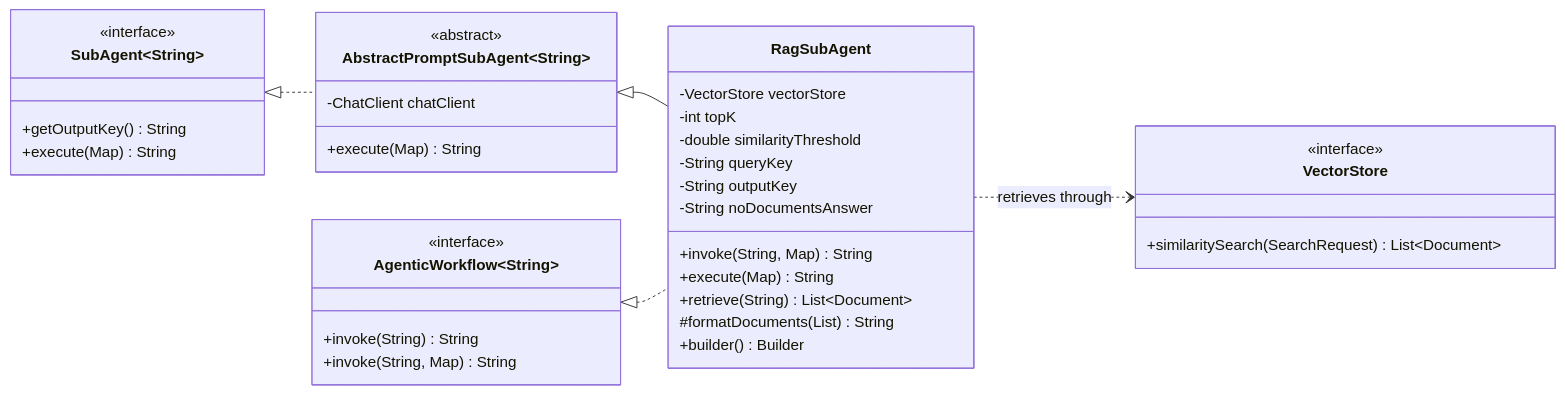
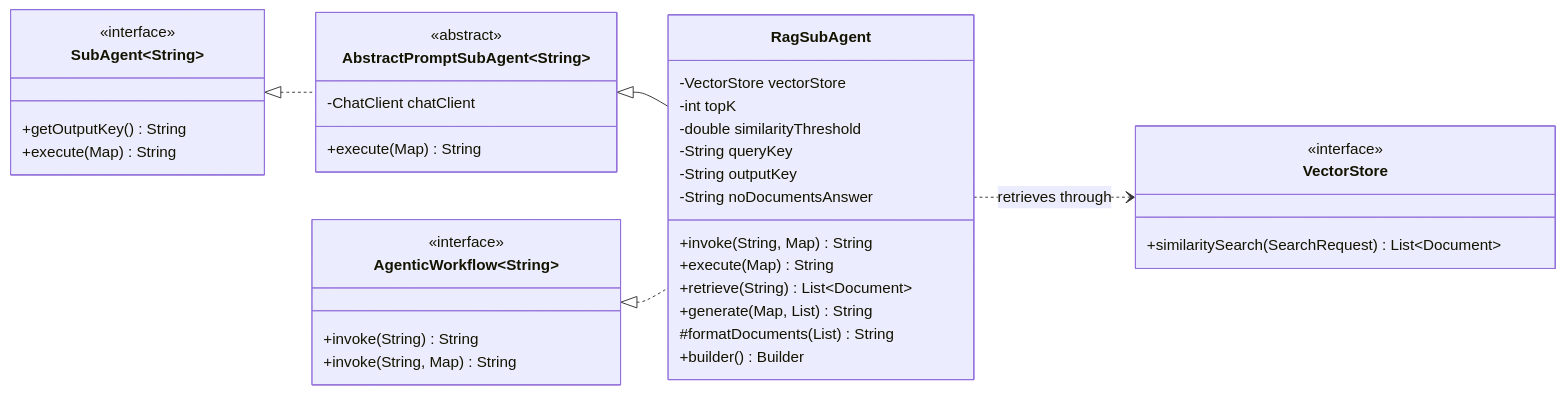
One commit to ronaldwkcheng/agent-api changed the first of 2 diagrams in api/docs/rag-sub-agent.md. Above: the diagram before and after it, drawn with Mermaid. The commit also changed other lines of this file and 11 other files, not shown here.

````diff
--- a/api/docs/rag-sub-agent.md
+++ b/api/docs/rag-sub-agent.md
@@ -32,46 +32,47 @@
 ```mermaid
 classDiagram
     direction LR
 
     class AgenticWorkflow~String~ {
         <<interface>>
         +invoke(String) String
         +invoke(String, Map) String
     }
 
     class SubAgent~String~ {
         <<interface>>
         +getOutputKey() String
         +execute(Map) String
     }
 
     class AbstractPromptSubAgent~String~ {
         <<abstract>>
         -ChatClient chatClient
         +execute(Map) String
     }
 
     class RagSubAgent {
         -VectorStore vectorStore
         -int topK
         -double similarityThreshold
         -String queryKey
         -String outputKey
         -String noDocumentsAnswer
         +invoke(String, Map) String
         +execute(Map) String
         +retrieve(String) List~Document~
+        +generate(Map, List) String
         #formatDocuments(List) String
         +builder() Builder
     }
 
     class VectorStore {
         <<interface>>
         +similaritySearch(SearchRequest) List~Document~
     }
 
     SubAgent <|.. AbstractPromptSubAgent
     AbstractPromptSubAgent <|-- RagSubAgent
     AgenticWorkflow <|.. RagSubAgent
     RagSubAgent ..> VectorStore : retrieves through
 ```
````
